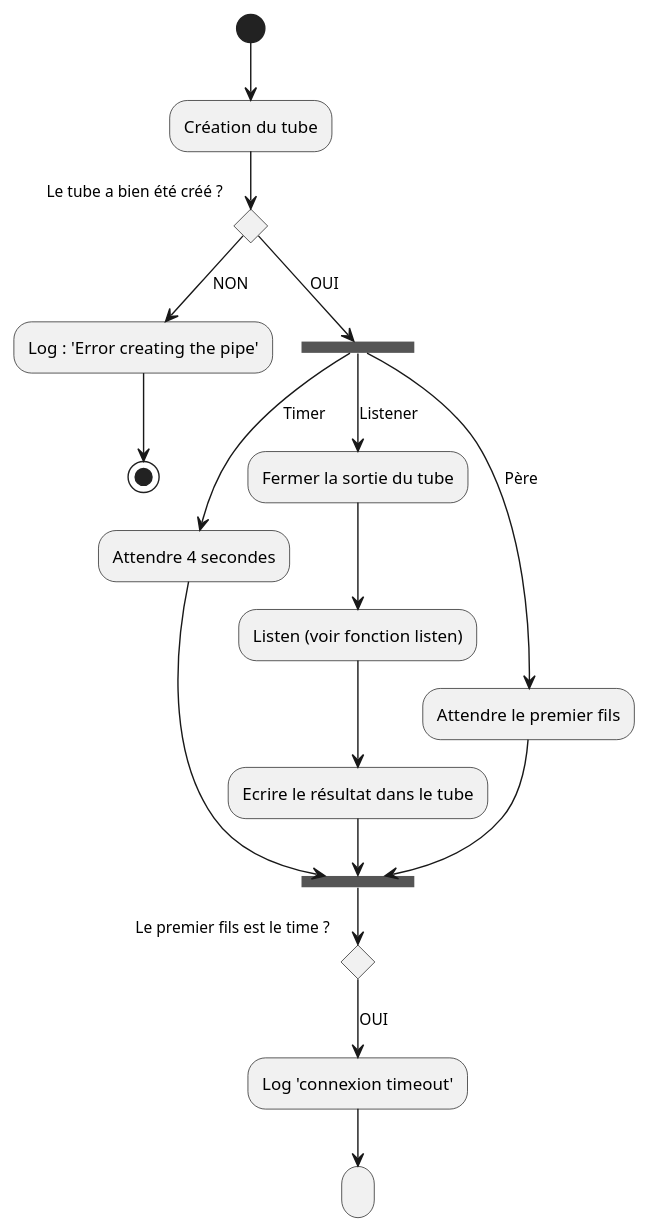
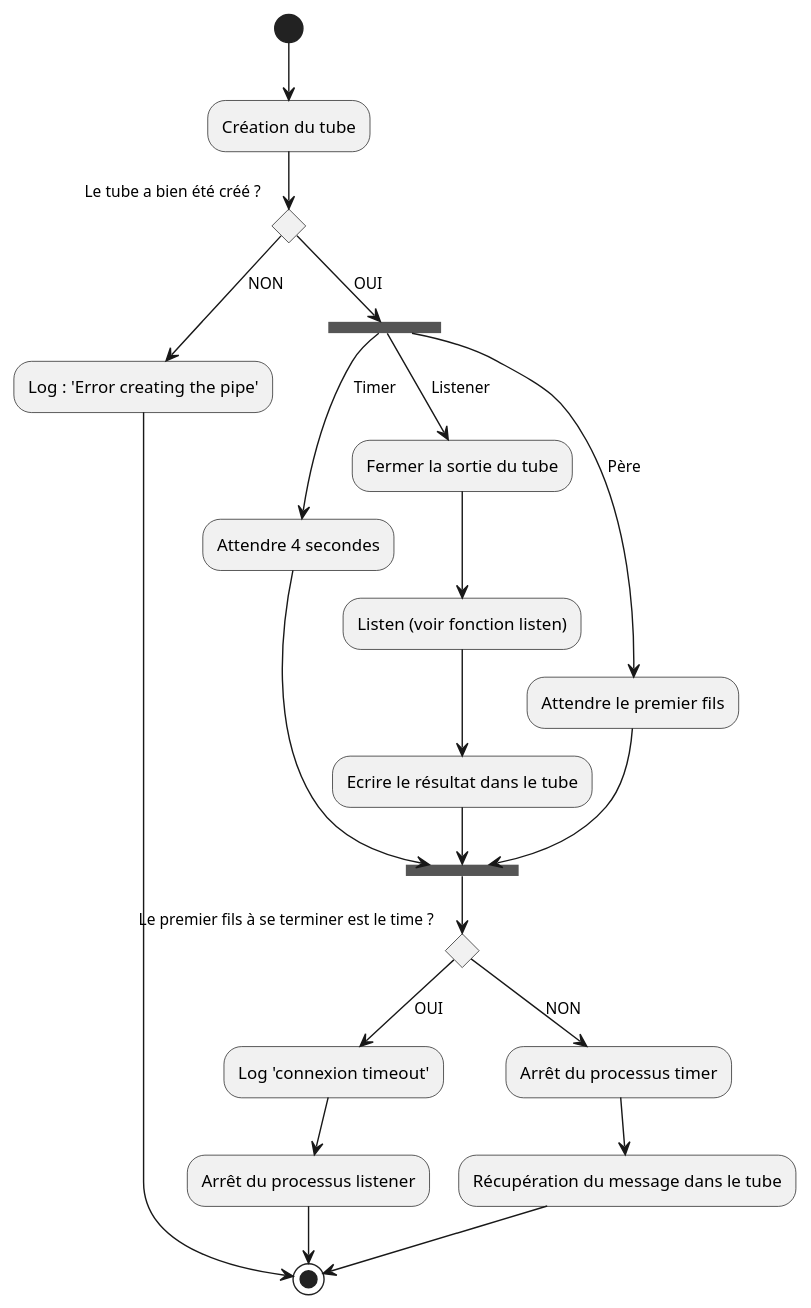
Before and after one commit to Anthony-Jhoiro/Archi-Sys_sophia: the diagram in diagramms/listener_timeout.puml, drawn with PlantUML. The commit also changed 6 other files, not shown here.

```diff
--- a/diagramms/listener_timeout.puml
+++ b/diagramms/listener_timeout.puml
@@ -1,29 +1,33 @@
 @startuml Listen_with_timemout
 ' Le tube
 (*) --> "Création du tube"
 if "Le tube a bien été créé ?" then 
     -->[NON] "Log : 'Error creating the pipe'"
     --> (*)
 else 
     -->[OUI] ===MAIN===
 endif 
 
 ' Le timer
 ===MAIN=== -->[Timer] "Attendre 4 secondes"
 --> ===SECOND===
 
 ' Le listener
 ===MAIN=== -->[Listener] "Fermer la sortie du tube"
 --> "Listen (voir fonction listen)"
 --> "Ecrire le résultat dans le tube"
 --> ===SECOND===
 
 ===MAIN=== -->[Père] "Attendre le premier fils"
 --> ===SECOND===
 
-===SECOND=== --> if "Le premier fils est le time ?" then 
+===SECOND=== --> if "Le premier fils à se terminer est le time ?" then 
     -->[OUI] "Log 'connexion timeout'"
-    --> " "
+    --> "Arrêt du processus listener"
+    --> (*)
 else 
+    -->[NON] "Arrêt du processus timer"
+    --> "Récupération du message dans le tube"
+    --> (*)
 endif 
 @enduml 
```
